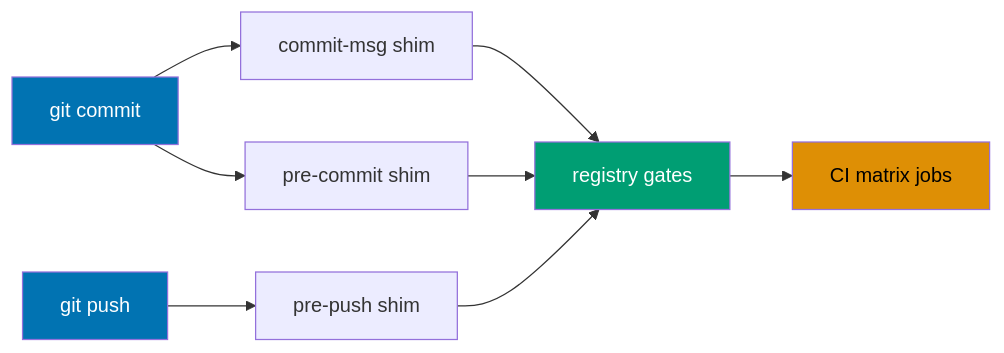
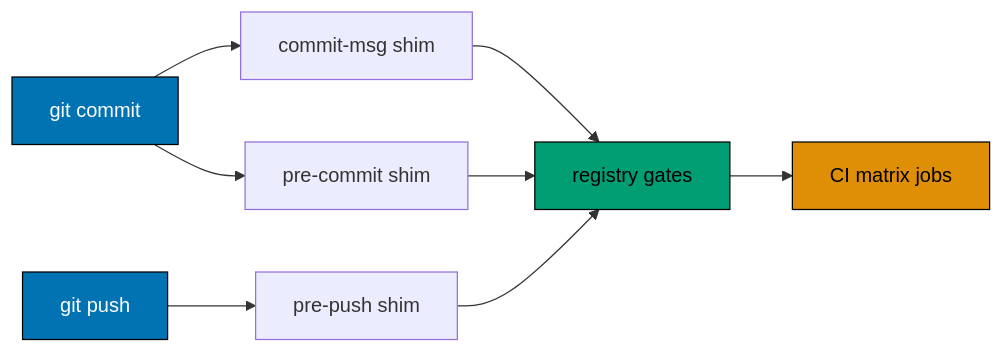
Before and after one commit to wahidyankf/ose-public: the diagram in repo-governance/development/workflow/git-hook-lifecycle.md, drawn with Mermaid. The commit also changed 90 other files, not shown here.

First line of the commit message:
docs(governance): make repo-governance diagrams accessible

````diff
--- a/repo-governance/development/workflow/git-hook-lifecycle.md
+++ b/repo-governance/development/workflow/git-hook-lifecycle.md
@@ -41,16 +41,20 @@
 ```mermaid
 %% Color palette: Blue #0173B2, Orange #DE8F05, Teal #029E73
 flowchart LR
+    accTitle: Hook shims
+    accDescr: git commit leads to commit-msg shim; git commit leads to pre-commit shim; git push leads to pre-push shim; commit-msg shim leads to registry gates; pre-commit shim leads to registry gates; and 2 more links.
     Commit["git commit"] --> Message["commit-msg shim"]
     Commit --> PreCommit["pre-commit shim"]
     Push["git push"] --> PrePush["pre-push shim"]
     Message --> Registry["registry gates"]
     PreCommit --> Registry
     PrePush --> Registry
     Registry --> CI["CI matrix jobs"]
 
-    style Commit fill:#0173B2,color:#FFFFFF
-    style Push fill:#0173B2,color:#FFFFFF
-    style Registry fill:#009E73,color:#FFFFFF
-    style CI fill:#DE8F05,color:#000000
+    classDef blue fill:#0173B2,stroke:#000000,color:#FFFFFF
+    classDef tone fill:#029E73,stroke:#000000,color:#000000
+    classDef orange fill:#DE8F05,stroke:#000000,color:#000000
+    class Commit,Push blue
+    class Registry tone
+    class CI orange
 ```
````
